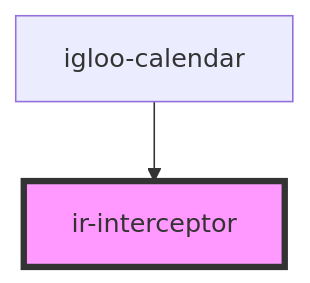
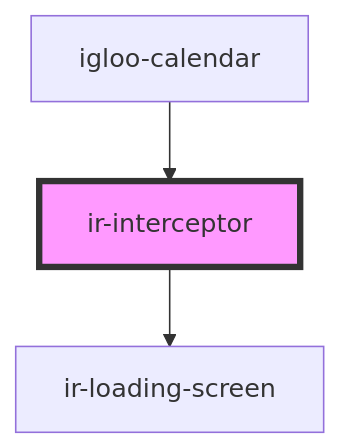
One commit to David1Chowaifaty/modified-ir-webcmp changed the diagram in src/components/ir-interceptor/readme.md. Above: the diagram before and after it, drawn with Mermaid. The commit also changed other lines of this file and 16 other files, not shown here.

````diff
--- a/src/components/ir-interceptor/readme.md
+++ b/src/components/ir-interceptor/readme.md
@@ -23,5 +27,6 @@
 ```mermaid
 graph TD;
+  ir-interceptor --> ir-loading-screen
   igloo-calendar --> ir-interceptor
   style ir-interceptor fill:#f9f,stroke:#333,stroke-width:4px
 ```
````
